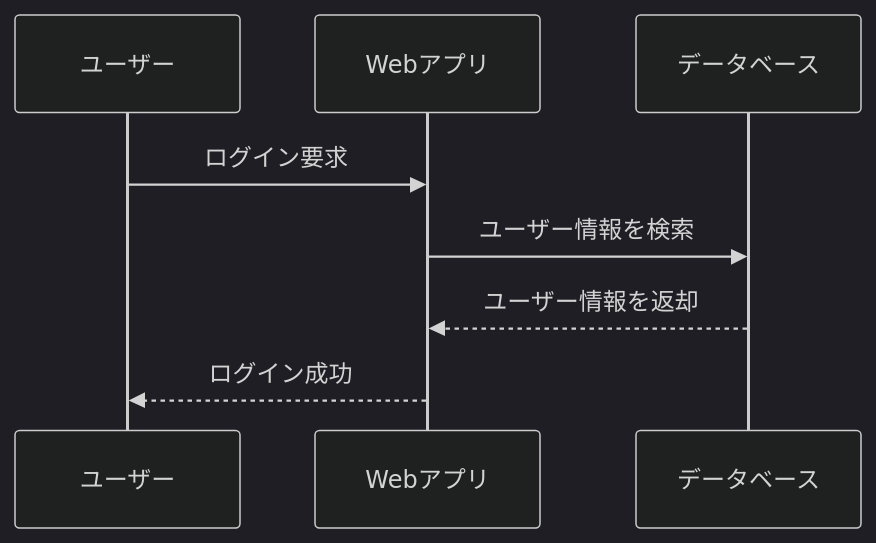
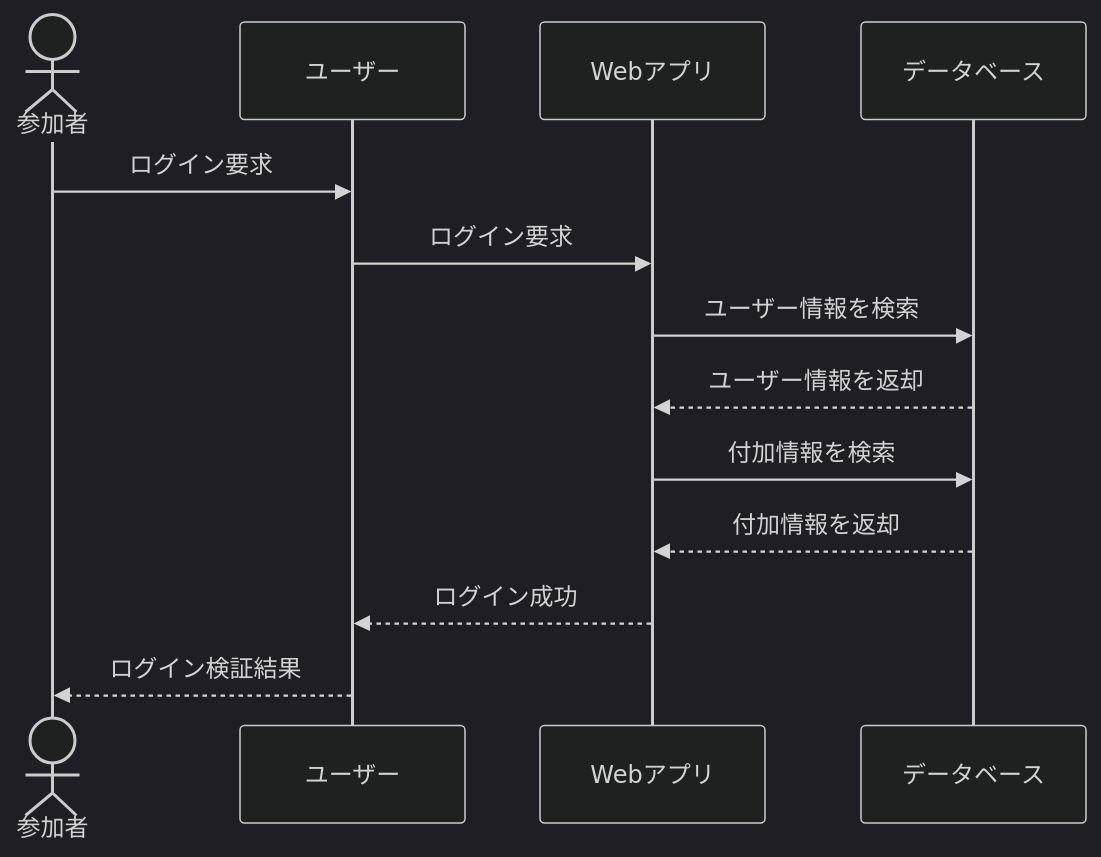
Before and after one commit to snowhiro/markdown_editor: the third of 3 diagrams in docs/spec.md, drawn with Mermaid (dark theme). The commit also changed other lines of this file and 12 other files, not shown here.

Commit message:
シーケンス図等を処理できるように修正

````diff
--- a/docs/spec.md
+++ b/docs/spec.md
@@ -147,11 +190,15 @@
   ```mermaid
   sequenceDiagram
+      actor p1 as 参加者
       participant U as ユーザー
       participant W as Webアプリ
       participant D as データベース
-
+      p1->>U: ログイン要求
       U->>W: ログイン要求
       W->>D: ユーザー情報を検索
       D-->>W: ユーザー情報を返却
+      W->>D: 付加情報を検索
+      D-->>W: 付加情報を返却
       W-->>U: ログイン成功
+      U-->>p1: ログイン検証結果
   ```
````
